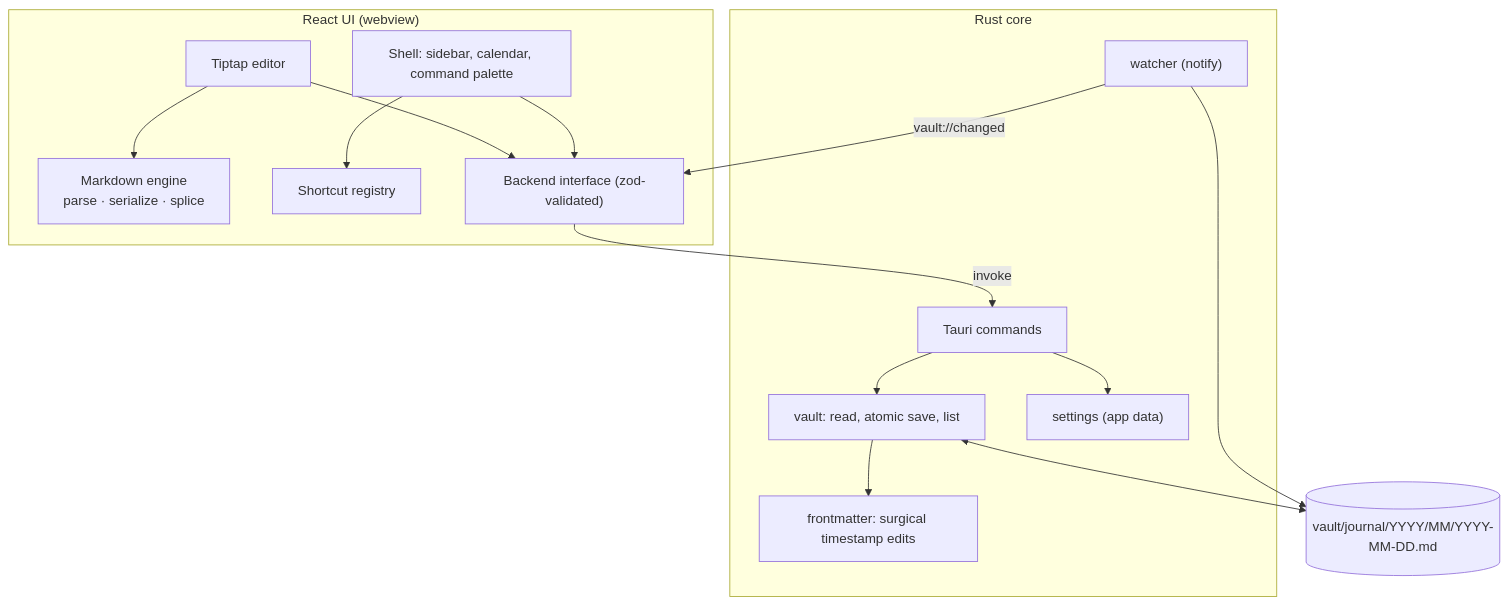
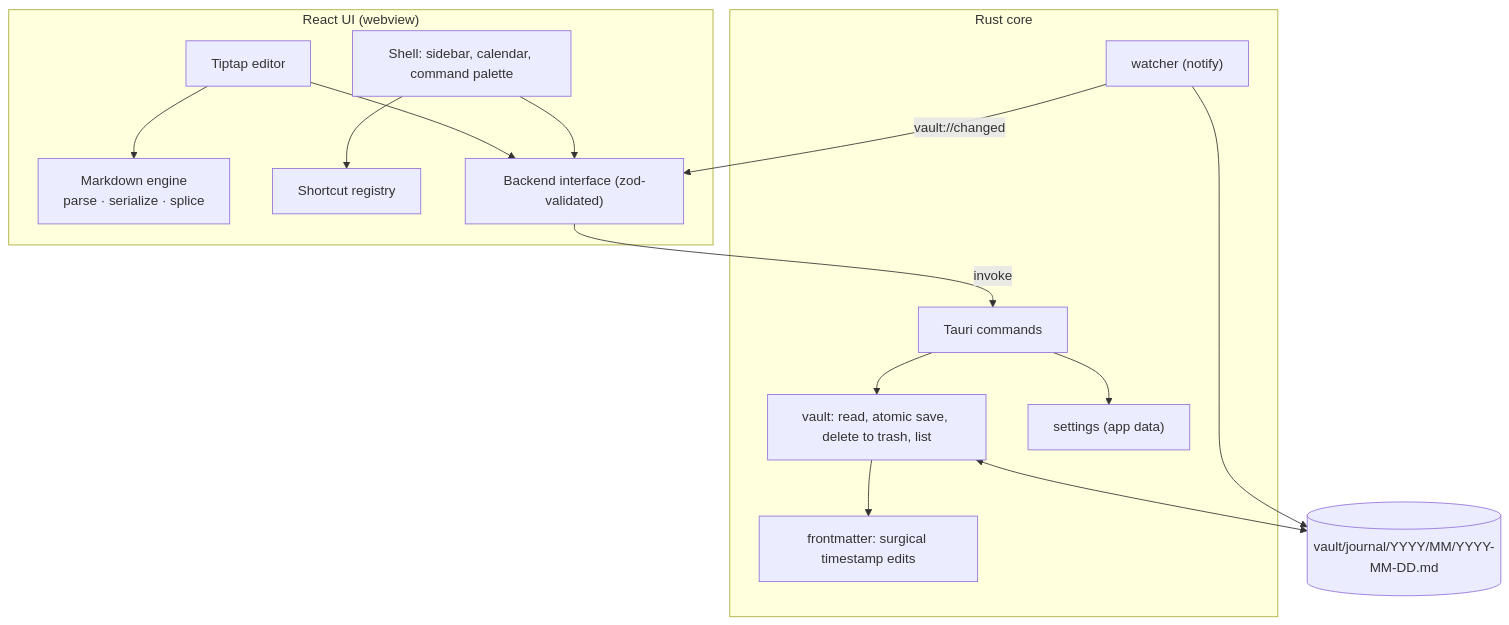
One commit to shouryan01/dhyana changed the diagram in docs/architecture.md. Above: the diagram before and after it, drawn with Mermaid. The commit also changed other lines of this file and 53 other files, not shown here.

````diff
--- a/docs/architecture.md
+++ b/docs/architecture.md
@@ -3,27 +3,27 @@
 ```mermaid
 flowchart TB
   subgraph UI["React UI (webview)"]
     Shell["Shell: sidebar, calendar, command palette"]
     Editor["Tiptap editor"]
     MD["Markdown engine<br/>parse · serialize · splice"]
     Reg["Shortcut registry"]
     Backend["Backend interface (zod-validated)"]
     Shell --> Reg
     Editor --> MD
     Editor --> Backend
     Shell --> Backend
   end
   subgraph Core["Rust core"]
     Cmd["Tauri commands"]
-    Vault["vault: read, atomic save, list"]
+    Vault["vault: read, atomic save, delete to trash, list"]
     FM["frontmatter: surgical timestamp edits"]
     Set["settings (app data)"]
     Watch["watcher (notify)"]
     Cmd --> Vault --> FM
     Cmd --> Set
     Watch -->|"vault://changed"| Backend
   end
   Backend -->|"invoke"| Cmd
   Vault <--> Files[("vault/journal/YYYY/MM/YYYY-MM-DD.md")]
   Watch --> Files
 ```
````
